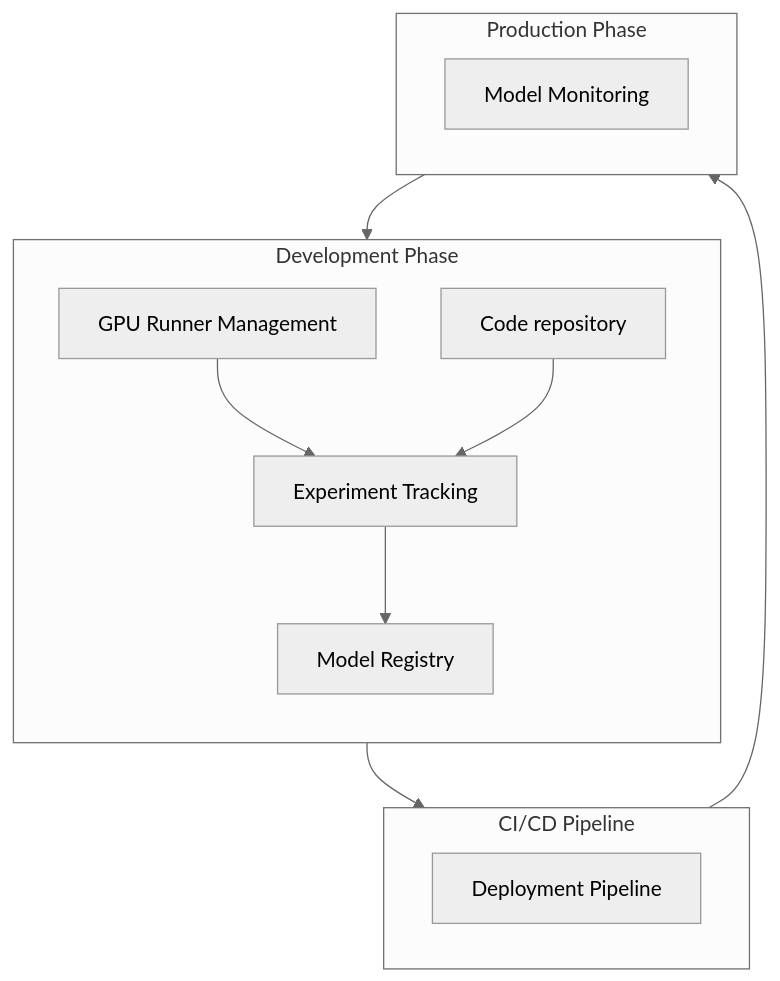
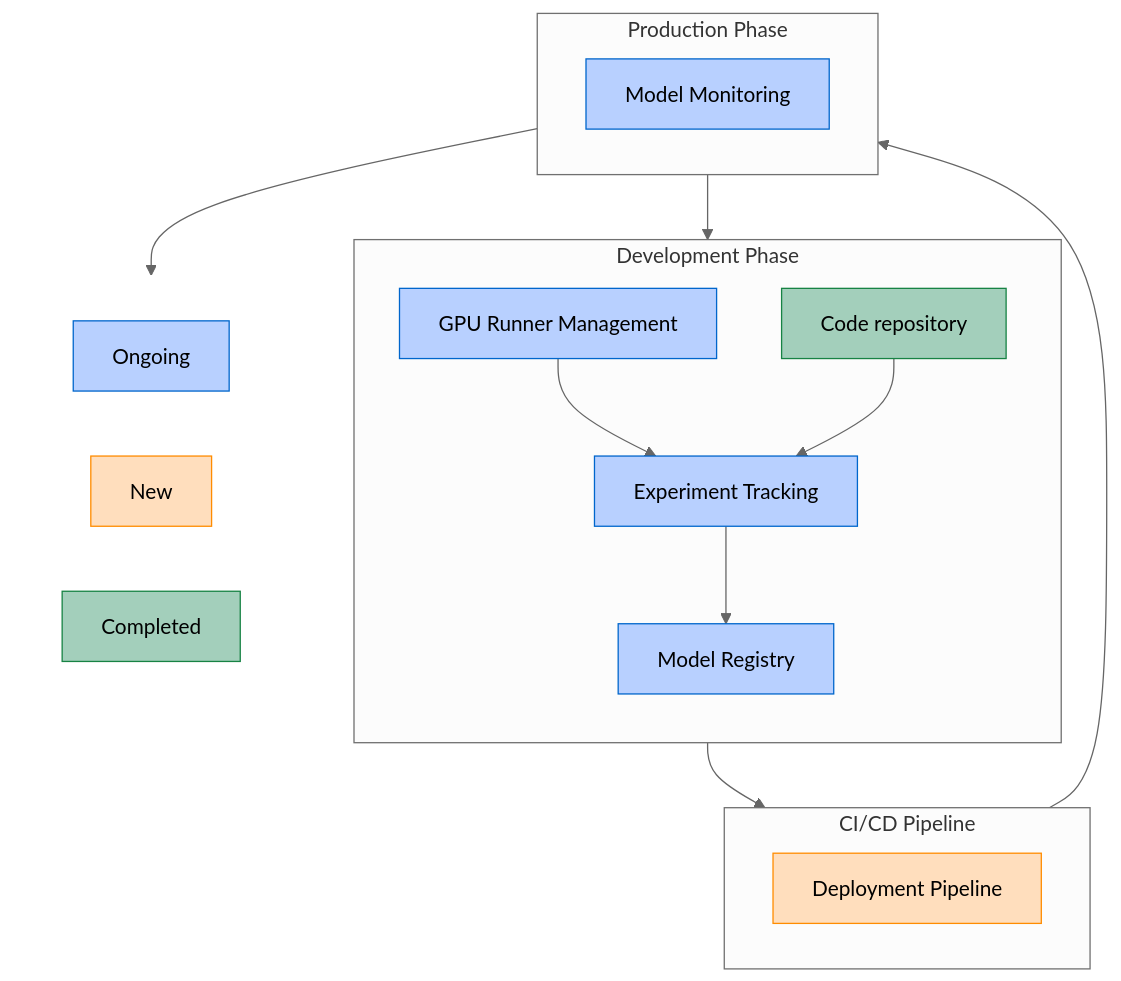
Before and after one commit to zalyoung/gitlab-handbook: the diagram in content/handbook/engineering/architecture/design-documents/mlops/_index.md, drawn with Mermaid (neutral theme).

Commit message:
Update diagram

````diff
--- a/content/handbook/engineering/architecture/design-documents/mlops/_index.md
+++ b/content/handbook/engineering/architecture/design-documents/mlops/_index.md
@@ -65,25 +65,42 @@
 ```mermaid
 graph TB
     subgraph DevPhase["Development Phase"]
         direction TB
-        A1[Experiment Tracking]
-        A2[Model Registry]
-        A3[GPU Runner Management]
-        A4[Code repository]
+        A1[Experiment Tracking]:::ongoing
+        A2[Model Registry]:::ongoing
+        A3[GPU Runner Management]:::ongoing
+        A4[Code repository]:::completed
     end
 
     subgraph CiCd["CI/CD Pipeline"]
-        B4[Deployment Pipeline]
+        B4[Deployment Pipeline]:::new
     end
 
     subgraph Prod["Production Phase"]
-        C2[Model Monitoring]
+        C2[Model Monitoring]:::ongoing
     end
 
     A1 --> A2
     DevPhase --> CiCd
     A3 --> A1
     A4 --> A1
     CiCd --> Prod
     Prod --> DevPhase
+
+    %% Define styles for different statuses
+    classDef completed fill:#a3cfbb,stroke:#178344,color:black
+    classDef new fill:#ffdebd,stroke:#ff8c00,color:black
+    classDef ongoing fill:#b8d0ff,stroke:#0066cc,color:black
+
+    %% Place the legend at the bottom with right alignment
+    subgraph Legend[" "]
+        direction LR
+        L3[Ongoing]:::ongoing
+        L2[New]:::new
+        L1[Completed]:::completed
+    end
+    
+    %% Position the legend at the bottom right
+    Prod --> Legend
+    style Legend fill:none,stroke:none
 ```
````
